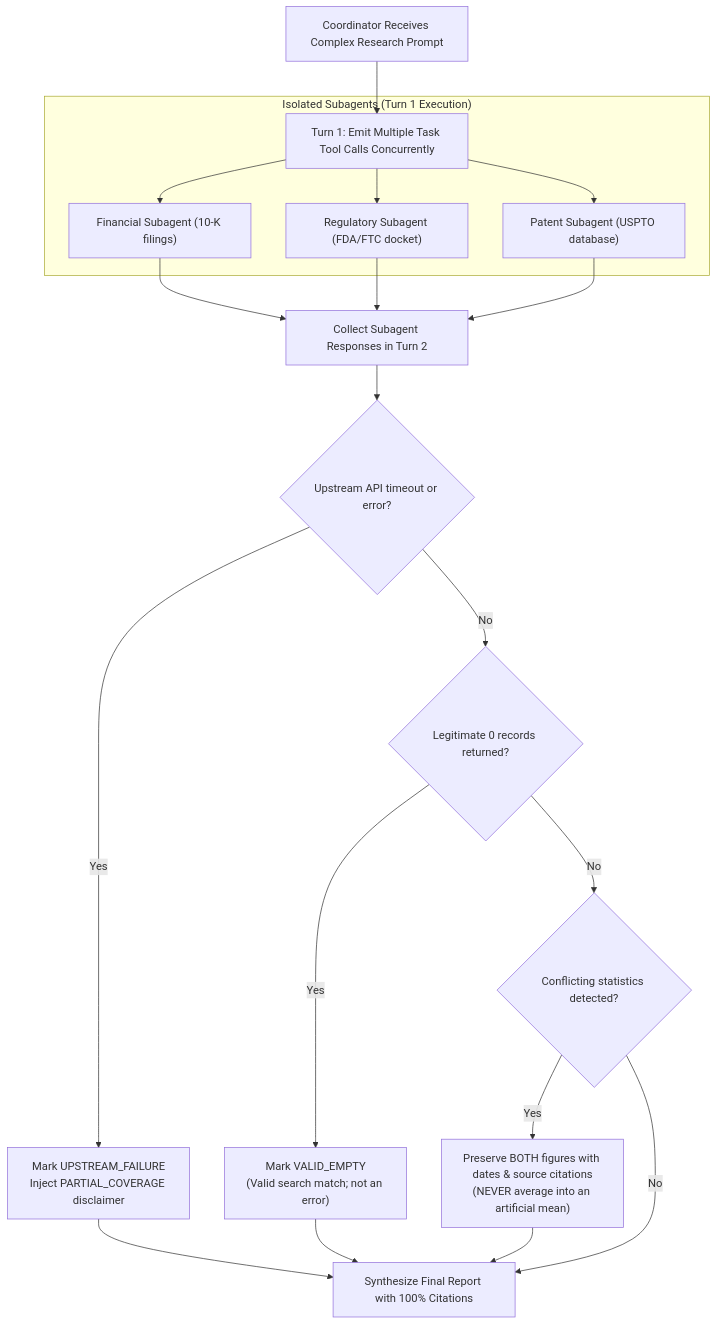
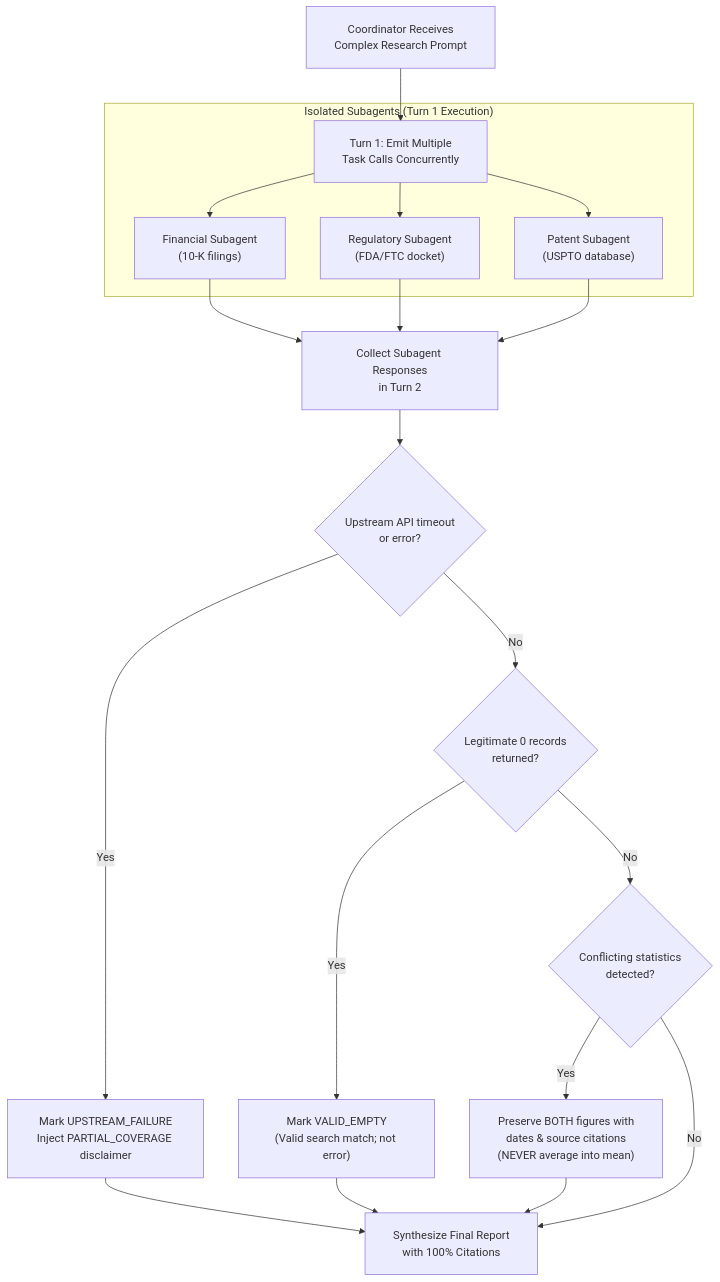
One commit to dip4k/claude_cert_architect_foundation_prep changed the fifth of 6 diagrams in scenarios/MASTER_SCENARIO_PRACTICE.md. Above: the diagram before and after it, drawn with Mermaid. The commit also changed other lines of this file and 31 other files, not shown here.

First line of the commit message:
docs(diagrams): fix text trimming, padding, and layout in all mermaid diagrams

````diff
--- a/scenarios/MASTER_SCENARIO_PRACTICE.md
+++ b/scenarios/MASTER_SCENARIO_PRACTICE.md
@@ -105,22 +109,23 @@
 ```mermaid
+%%{init: {"flowchart": {"htmlLabels": true, "padding": 20}}}%%
 flowchart TD
-    Coord["Coordinator Receives Complex Research Prompt"] --> FanOut["Turn 1: Emit Multiple Task Tool Calls Concurrently"]
+    Coord["Coordinator Receives<br/>Complex Research Prompt"] --> FanOut["Turn 1: Emit Multiple<br/>Task Calls Concurrently"]
     
     subgraph Subagents["Isolated Subagents (Turn 1 Execution)"]
-        FanOut --> S1["Financial Subagent (10-K filings)"]
-        FanOut --> S2["Regulatory Subagent (FDA/FTC docket)"]
-        FanOut --> S3["Patent Subagent (USPTO database)"]
+        FanOut --> S1["Financial Subagent<br/>(10-K filings)"]
+        FanOut --> S2["Regulatory Subagent<br/>(FDA/FTC docket)"]
+        FanOut --> S3["Patent Subagent<br/>(USPTO database)"]
     end
     
-    S1 & S2 & S3 --> Collect["Collect Subagent Responses in Turn 2"]
+    S1 & S2 & S3 --> Collect["Collect Subagent Responses<br/>in Turn 2"]
     
-    Collect --> UpstreamCheck{"Upstream API timeout or error?"}
+    Collect --> UpstreamCheck{"Upstream API timeout<br/>or error?"}
     UpstreamCheck -- "Yes" --> Partial["Mark UPSTREAM_FAILURE<br/>Inject PARTIAL_COVERAGE disclaimer"]
-    UpstreamCheck -- "No" --> ZeroCheck{"Legitimate 0 records returned?"}
-    ZeroCheck -- "Yes" --> ValidEmpty["Mark VALID_EMPTY<br/>(Valid search match; not an error)"]
-    ZeroCheck -- "No" --> ConflictCheck{"Conflicting statistics detected?"}
+    UpstreamCheck -- "No" --> ZeroCheck{"Legitimate 0 records<br/>returned?"}
+    ZeroCheck -- "Yes" --> ValidEmpty["Mark VALID_EMPTY<br/>(Valid search match; not error)"]
+    ZeroCheck -- "No" --> ConflictCheck{"Conflicting statistics<br/>detected?"}
     
-    ConflictCheck -- "Yes" --> PreserveBoth["Preserve BOTH figures with dates & source citations<br/>(NEVER average into an artificial mean)"]
-    ConflictCheck -- "No" --> Synthesize["Synthesize Final Report with 100% Citations"]
+    ConflictCheck -- "Yes" --> PreserveBoth["Preserve BOTH figures with<br/>dates & source citations<br/>(NEVER average into mean)"]
+    ConflictCheck -- "No" --> Synthesize["Synthesize Final Report<br/>with 100% Citations"]
     Partial & ValidEmpty & PreserveBoth --> Synthesize
 ```
````
